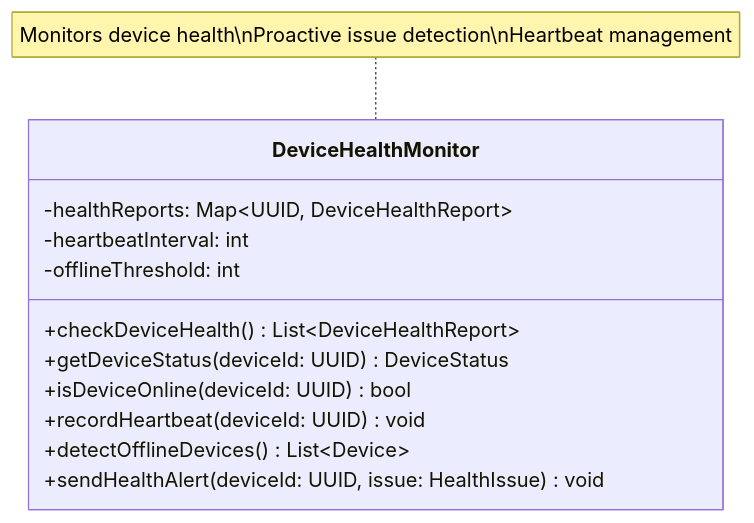
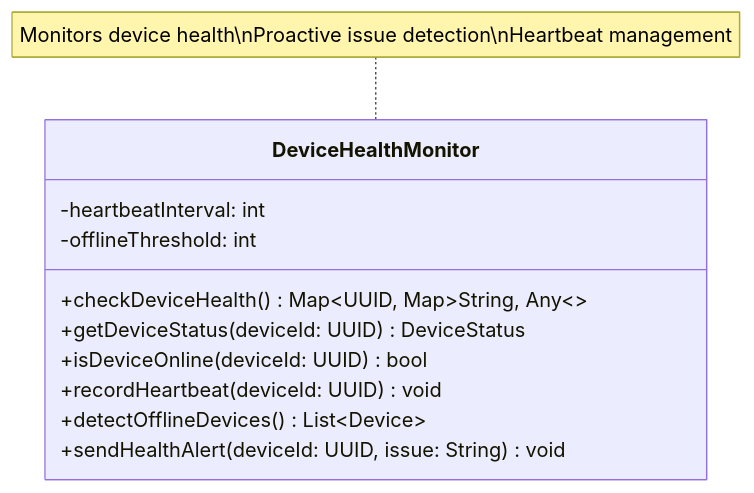
Before and after one commit to mj010101/swe_25f: the ninth of 13 diagrams in diagrams/business_class_diagram.md, drawn with Mermaid. The commit also changed other lines of this file and 4 other files, not shown here.

````diff
--- a/diagrams/business_class_diagram.md
+++ b/diagrams/business_class_diagram.md
@@ -317,18 +288,17 @@
 ```mermaid
 classDiagram
     direction TB
 
     class DeviceHealthMonitor {
-        -healthReports: Map~UUID, DeviceHealthReport~
         -heartbeatInterval: int
         -offlineThreshold: int
-        +checkDeviceHealth() List~DeviceHealthReport~
+        +checkDeviceHealth() Map~UUID, Map~String, Any~~
         +getDeviceStatus(deviceId: UUID) DeviceStatus
         +isDeviceOnline(deviceId: UUID) bool
         +recordHeartbeat(deviceId: UUID) void
         +detectOfflineDevices() List~Device~
-        +sendHealthAlert(deviceId: UUID, issue: HealthIssue) void
+        +sendHealthAlert(deviceId: UUID, issue: String) void
     }
 
     note for DeviceHealthMonitor "Monitors device health\nProactive issue detection\nHeartbeat management"
 ```
````
